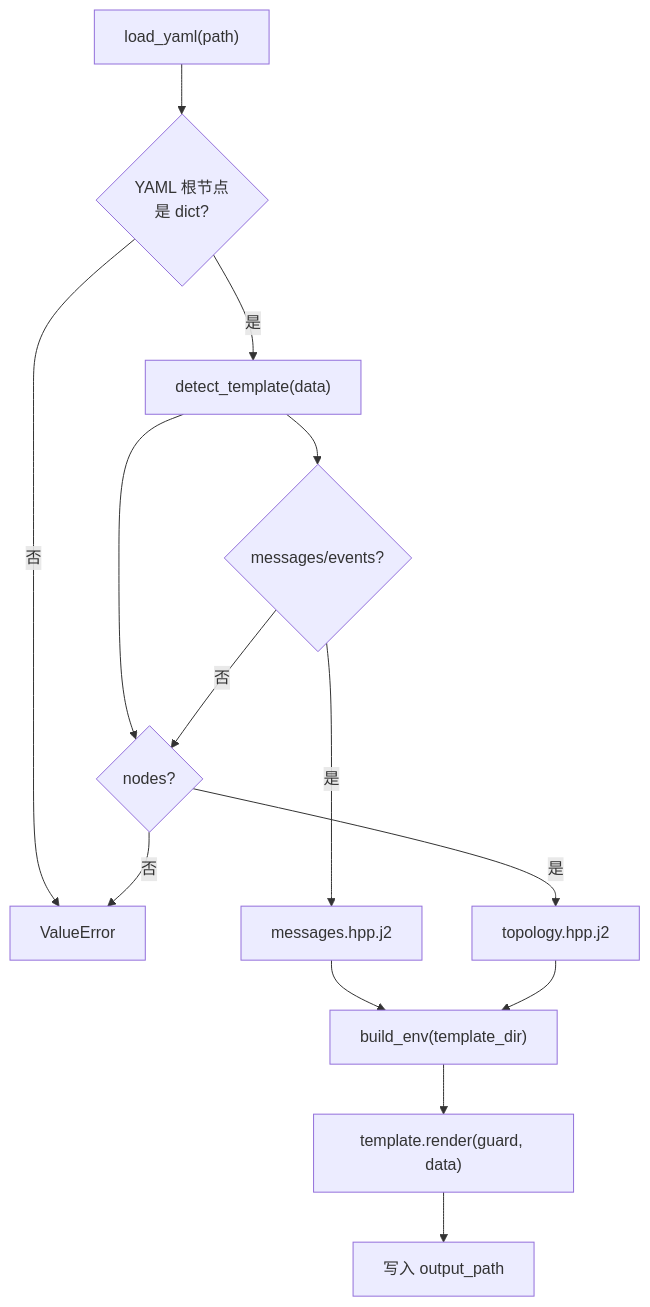
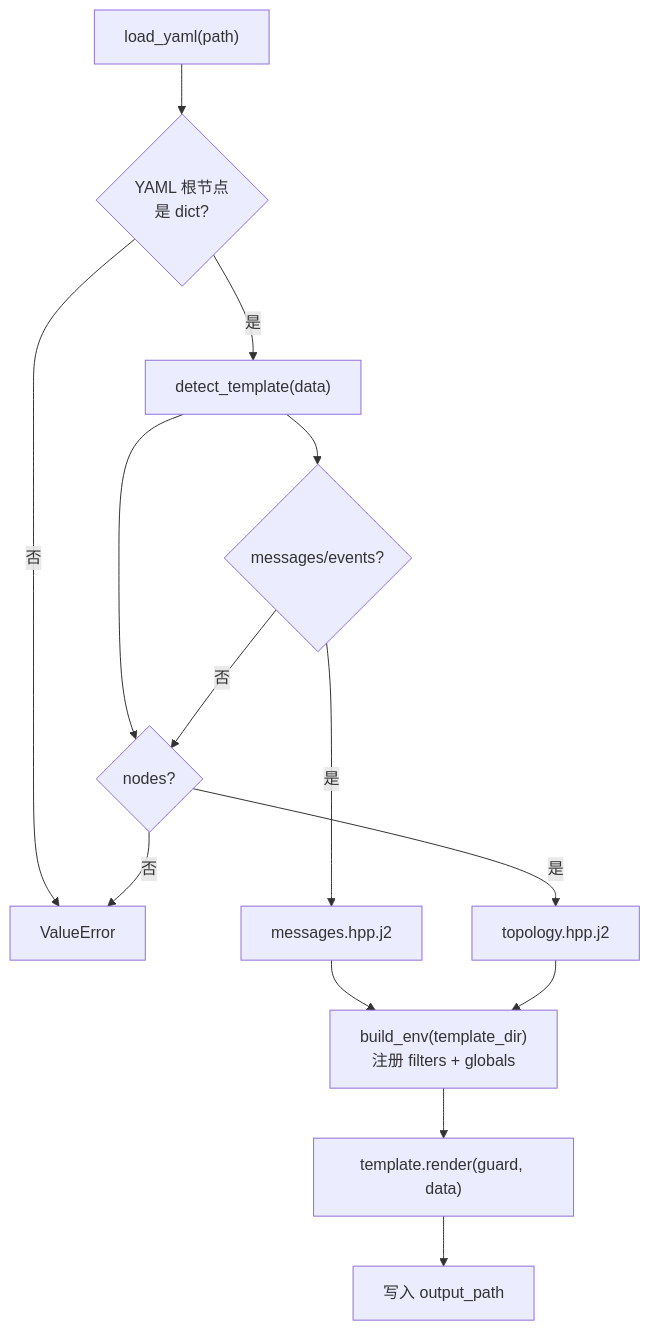
One commit to DeguiLiu/newosp changed the second of 4 diagrams in docs/design_codegen_zh.md. Above: the diagram before and after it, drawn with Mermaid. The commit also changed other lines of this file and 13 other files, not shown here.

````diff
--- a/docs/design_codegen_zh.md
+++ b/docs/design_codegen_zh.md
@@ -58,16 +79,16 @@
 ```mermaid
 flowchart TD
     A["load_yaml(path)"] --> B{"YAML 根节点<br/>是 dict?"}
     B -- 否 --> ERR["ValueError"]
     B -- 是 --> C["detect_template(data)"]
     C --> D{"messages/events?"}
     D -- 是 --> E["messages.hpp.j2"]
     C --> F{"nodes?"}
     F -- 是 --> G["topology.hpp.j2"]
     D -- 否 --> F
     F -- 否 --> ERR
-    E --> H["build_env(template_dir)"]
+    E --> H["build_env(template_dir)<br/>注册 filters + globals"]
     G --> H
     H --> I["template.render(guard, data)"]
     I --> J["写入 output_path"]
 ```
````
